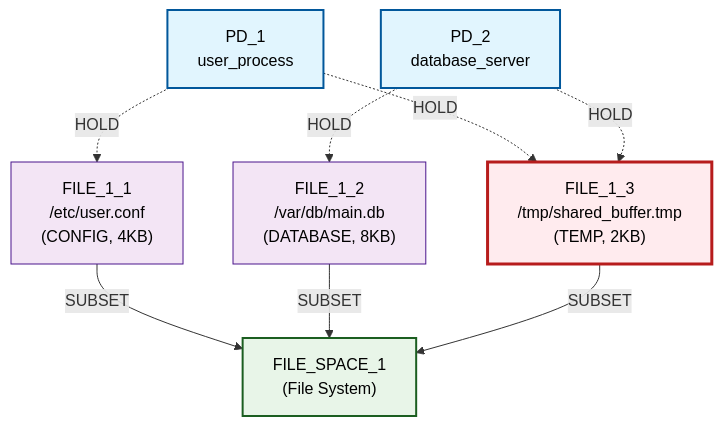
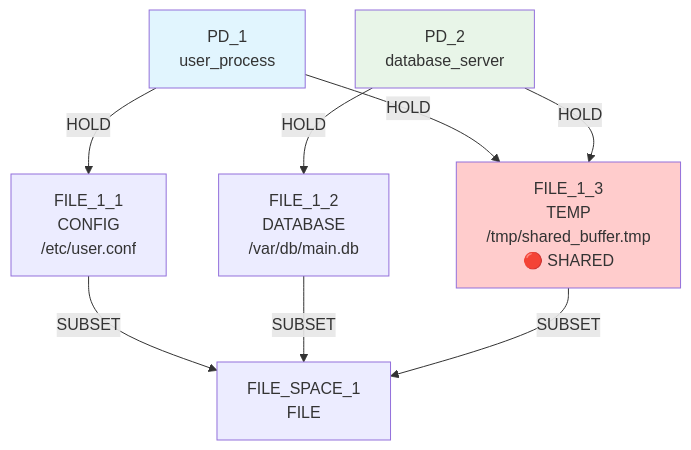
One commit to sid-agrawal/OSmosis changed the first of 4 diagrams in scripts/proc/submarine/new-results/basic_sharing_primitive_analysis.md. Above: the diagram before and after it, drawn with Mermaid. The commit also changed other lines of this file and 5 other files, not shown here.

First line of the commit message:
Update basic_sharing_primitive analysis with sequence coordination breakthrough

````diff
--- a/scripts/proc/submarine/new-results/basic_sharing_primitive_analysis.md
+++ b/scripts/proc/submarine/new-results/basic_sharing_primitive_analysis.md
@@ -5,42 +18,21 @@
 ```mermaid
 graph TD
-    %% Protection Domains
-    PD1["PD_1<br/>user_process"]
-    PD2["PD_2<br/>database_server"]
+    PD1[PD_1<br/>user_process] 
+    PD2[PD_2<br/>database_server]
+    FS[FILE_SPACE_1<br/>FILE]
+    F1[FILE_1_1<br/>CONFIG<br/>/etc/user.conf]
+    F2[FILE_1_2<br/>DATABASE<br/>/var/db/main.db] 
+    F3[FILE_1_3<br/>TEMP<br/>/tmp/shared_buffer.tmp<br/>🔴 SHARED]
     
-    %% File Resources - PD1 private file
-    F11["FILE_1_1<br/>/etc/user.conf<br/>(CONFIG, 4KB)"]
+    PD1 -->|HOLD| F1
+    PD1 -->|HOLD| F3
+    PD2 -->|HOLD| F2
+    PD2 -->|HOLD| F3
+    F1 -->|SUBSET| FS
+    F2 -->|SUBSET| FS
+    F3 -->|SUBSET| FS
     
-    %% File Resources - PD2 private file
-    F12["FILE_1_2<br/>/var/db/main.db<br/>(DATABASE, 8KB)"]
-    
-    %% Shared file resource (THE PROBLEM!)
-    F13["FILE_1_3<br/>/tmp/shared_buffer.tmp<br/>(TEMP, 2KB)"]
-    
-    %% File Space
-    FS1["FILE_SPACE_1<br/>(File System)"]
-    
-    %% HOLD edges from PD1 to its resources
-    PD1 -.->|HOLD| F11
-    PD1 -.->|HOLD| F13
-    
-    %% HOLD edges from PD2 to its resources  
-    PD2 -.->|HOLD| F12
-    PD2 -.->|HOLD| F13
-    
-    %% SUBSET edges from resources to file space
-    F11 -->|SUBSET| FS1
-    F12 -->|SUBSET| FS1
-    F13 -->|SUBSET| FS1
-    
-    %% Styling
-    classDef pdNode fill:#e1f5fe,stroke:#01579b,stroke-width:2px,color:#000000
-    classDef fileNode fill:#f3e5f5,stroke:#4a148c,stroke-width:1px,color:#000000
-    classDef sharedFile fill:#ffebee,stroke:#b71c1c,stroke-width:3px,color:#000000
-    classDef spaceNode fill:#e8f5e8,stroke:#1b5e20,stroke-width:2px,color:#000000
-    
-    class PD1,PD2 pdNode
-    class F11,F12 fileNode
-    class F13 sharedFile
-    class FS1 spaceNode
+    style F3 fill:#ffcccc
+    style PD1 fill:#e1f5fe
+    style PD2 fill:#e8f5e8
 ```
````
